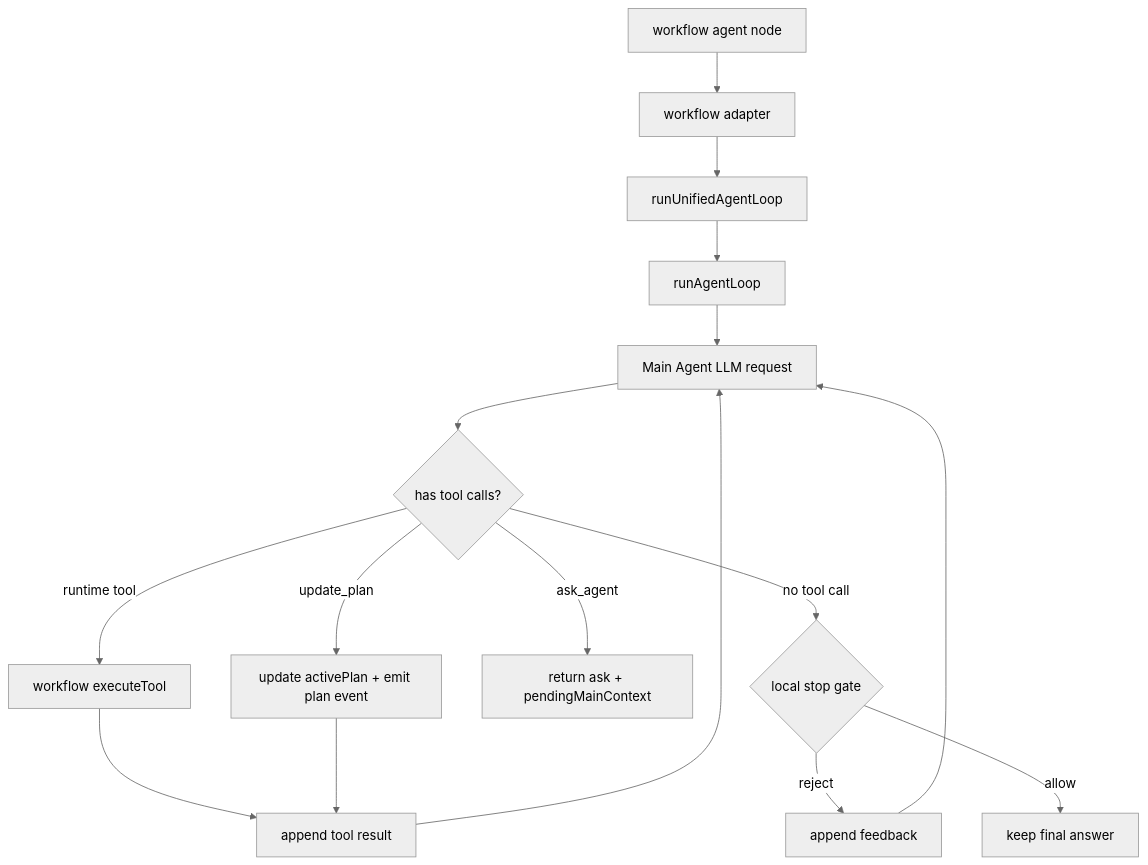
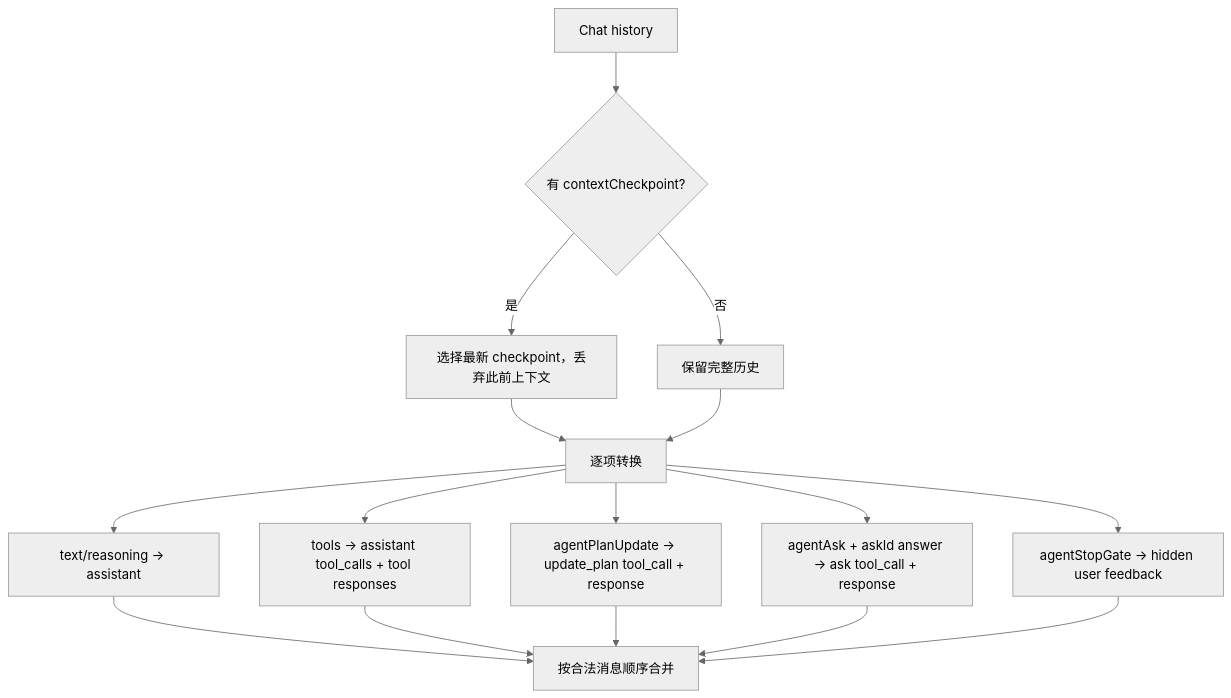
Before and after one commit to labring/FastGPT: the sixth of 7 diagrams in .agents/design/core/ai/agent-loop/technical-design.md, drawn with Mermaid (neutral theme). The commit also changed other lines of this file and 255 other files, not shown here.

Commit message:
refactor: unify workflow agent and toolcall agent loop

````diff
--- a/.agents/design/core/ai/agent-loop/technical-design.md
+++ b/.agents/design/core/ai/agent-loop/technical-design.md
@@ -10,18 +428,18 @@
 ```mermaid
 flowchart TD
-  A["workflow agent node"] --> B["workflow adapter"]
-  B --> C["runUnifiedAgentLoop"]
-  C --> D["runAgentLoop"]
-  D --> E["Main Agent LLM request"]
-  E --> F{"has tool calls?"}
-  F -- "runtime tool" --> G["workflow executeTool"]
-  F -- "update_plan" --> H["update activePlan + emit plan event"]
-  F -- "ask_agent" --> I["return ask + pendingMainContext"]
-  G --> J["append tool result"]
-  H --> J
-  J --> E
-  F -- "no tool call" --> K{"local stop gate"}
-  K -- "reject" --> L["append feedback"]
-  L --> E
-  K -- "allow" --> M["keep final answer"]
+  H["Chat history"] --> CP{"有 contextCheckpoint?"}
+  CP -->|是| CUT["选择最新 checkpoint，丢弃此前上下文"]
+  CP -->|否| ALL["保留完整历史"]
+  CUT --> CVT["逐项转换"]
+  ALL --> CVT
+  CVT --> TXT["text/reasoning -> assistant"]
+  CVT --> TOOL["tools -> assistant tool_calls + tool responses"]
+  CVT --> PLAN["agentPlanUpdate -> update_plan tool_call + response"]
+  CVT --> ASK["agentAsk + askId answer -> ask tool_call + response"]
+  CVT --> STOP["agentStopGate -> hidden user feedback"]
+  TXT --> MERGE["按合法消息顺序合并"]
+  TOOL --> MERGE
+  PLAN --> MERGE
+  ASK --> MERGE
+  STOP --> MERGE
 ```
````
